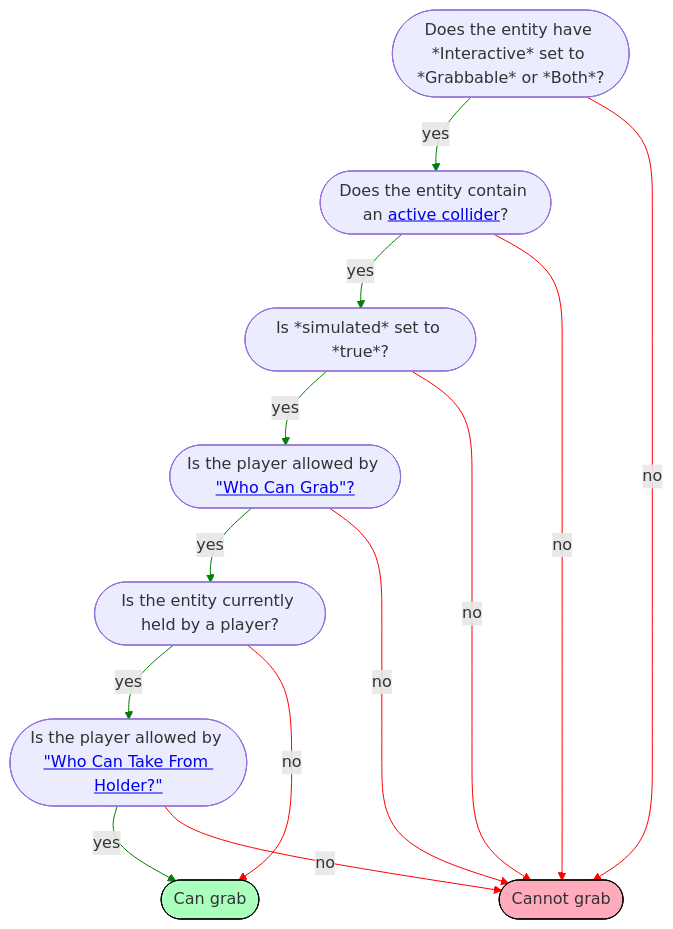
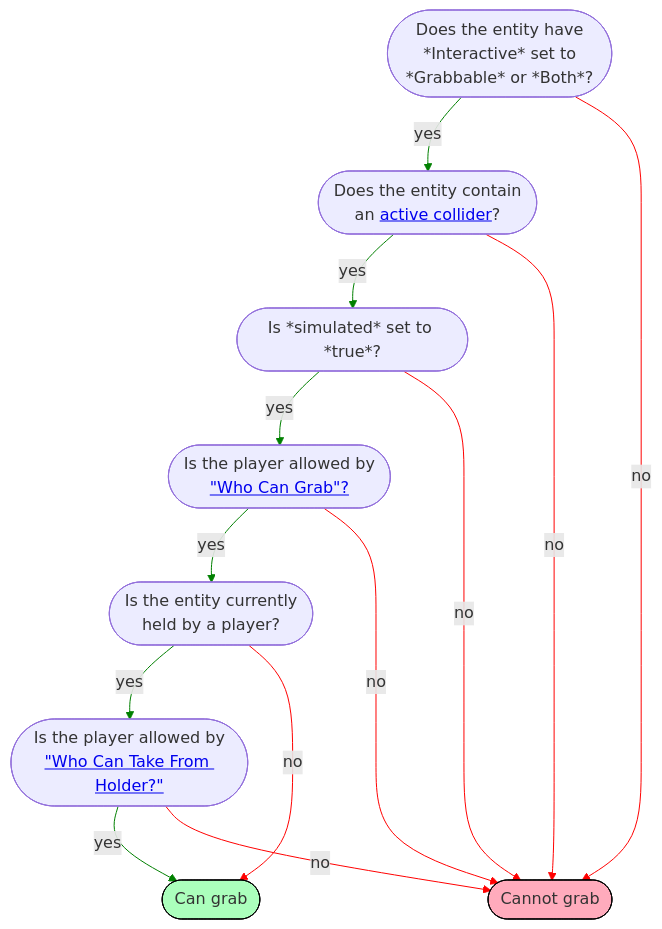
One commit to MHCPCreators/horizonCreatorManual changed the second of 4 diagrams in HorizonTechnicalDoc.md. Above: the diagram before and after it, drawn with Mermaid. The commit also changed other lines of this file, not shown here.

````diff
--- a/HorizonTechnicalDoc.md
+++ b/HorizonTechnicalDoc.md
@@ -1626,27 +1625,27 @@
 ```mermaid
 flowchart TD
     style fail fill:#ffabbc,stroke:black;
     style success fill:#abffbc,stroke:black;
 
-    isInteractive([Does the entity have *Interactive* set to *Grabbable* or *Both*?]) -- yes --> activeCollider([Does the entity contain an <a href="#collidability">active collider</a>?])
+    isInteractive([Does the entity have<br/>*Interactive* set to<br/> *Grabbable* or *Both*?]) -- yes --> activeCollider([Does the entity contain<br/>an <a href="#collidability">active collider</a>?])
 
     isInteractive -- no --> fail([Cannot grab])
 
     activeCollider -- yes --> simulated([Is *simulated* set to *true*?])
     activeCollider -- no --> fail
 
-    simulated -- yes --> canGrab([Is the player allowed by <a href="#setting-who-can-grab">&quot;Who Can Grab&quot;?</a>])
+    simulated -- yes --> canGrab([Is the player allowed by<br/><a href="#setting-who-can-grab">&quot;Who Can Grab&quot;?</a>])
     simulated -- no --> fail
 
-    canGrab -- yes --> isHeld([Is the entity currently held by a player?])
+    canGrab -- yes --> isHeld([Is the entity currently<br/>held by a player?])
     canGrab -- no --> fail
 
-    isHeld -- yes --> canTake([Is the player allowed by <a href="#setting-who-can-take-from-holder">&quot;Who Can Take From Holder?&quot;</a>])
+    isHeld -- yes --> canTake([Is the player allowed by<br/><a href="#setting-who-can-take-from-holder">&quot;Who Can Take From Holder?&quot;</a>])
     isHeld -- no --> success([Can grab])
 
     canTake -- yes --> success
     canTake -- no --> fail
 
     linkStyle 0,2,4,6,8,10 stroke:green,stroke-width:1px;
     linkStyle 1,3,5,7,9,11 stroke:red,stroke-width:1px;
 ```
````
